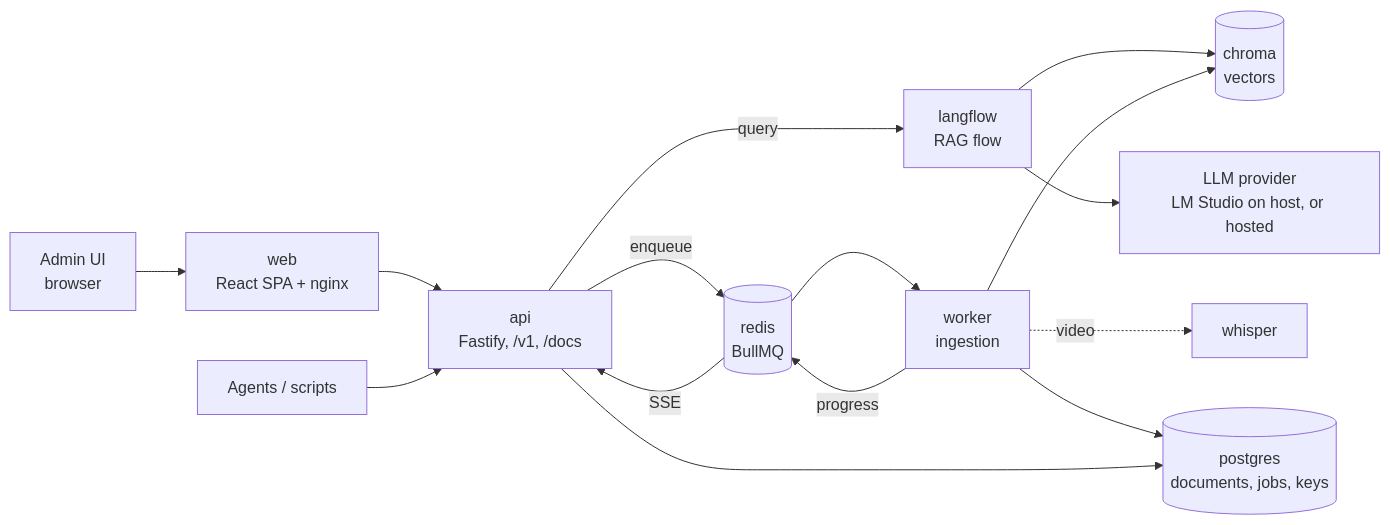
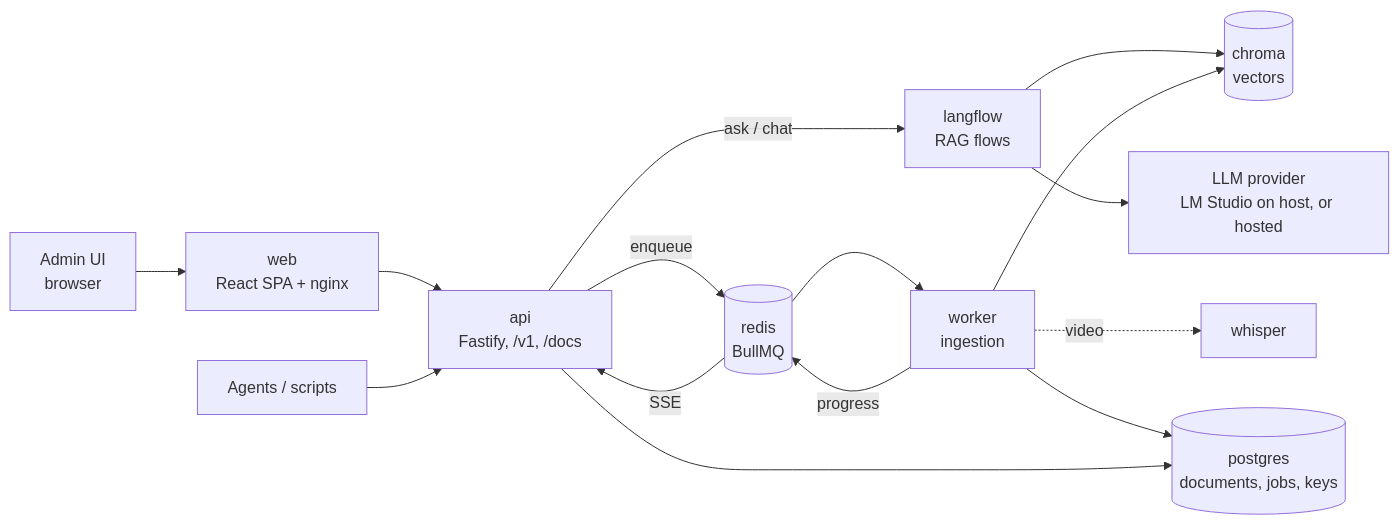
One commit to g-terra/rag-workspaces changed the diagram in docs/architecture.md. Above: the diagram before and after it, drawn with Mermaid. The commit also changed other lines of this file and 3 other files, not shown here.

````diff
--- a/docs/architecture.md
+++ b/docs/architecture.md
@@ -14,17 +19,17 @@
 ```mermaid
 flowchart LR
   UI[Admin UI<br/>browser] --> WEB[web<br/>React SPA + nginx]
   WEB --> API
   AG[Agents / scripts] --> API[api<br/>Fastify, /v1, /docs]
-  API -- query --> LF[langflow<br/>RAG flow]
+  API -- ask / chat --> LF[langflow<br/>RAG flows]
   LF --> QD[(chroma<br/>vectors)]
   LF --> LLM[LLM provider<br/>LM Studio on host, or hosted]
   API -- enqueue --> RD[(redis<br/>BullMQ)]
   RD --> WK[worker<br/>ingestion]
   WK --> QD
   WK -. video .-> WH[whisper]
   WK --> PG[(postgres<br/>documents, jobs, keys)]
   API --> PG
   WK -- progress --> RD
   RD -- SSE --> API
 ```
````
